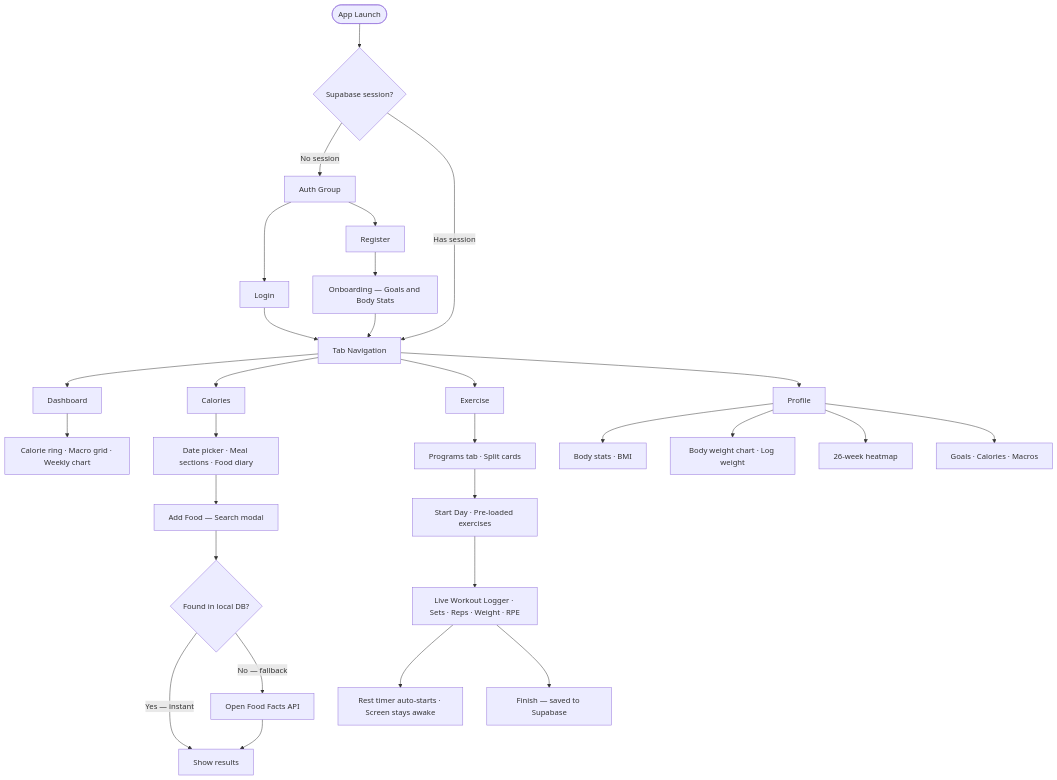
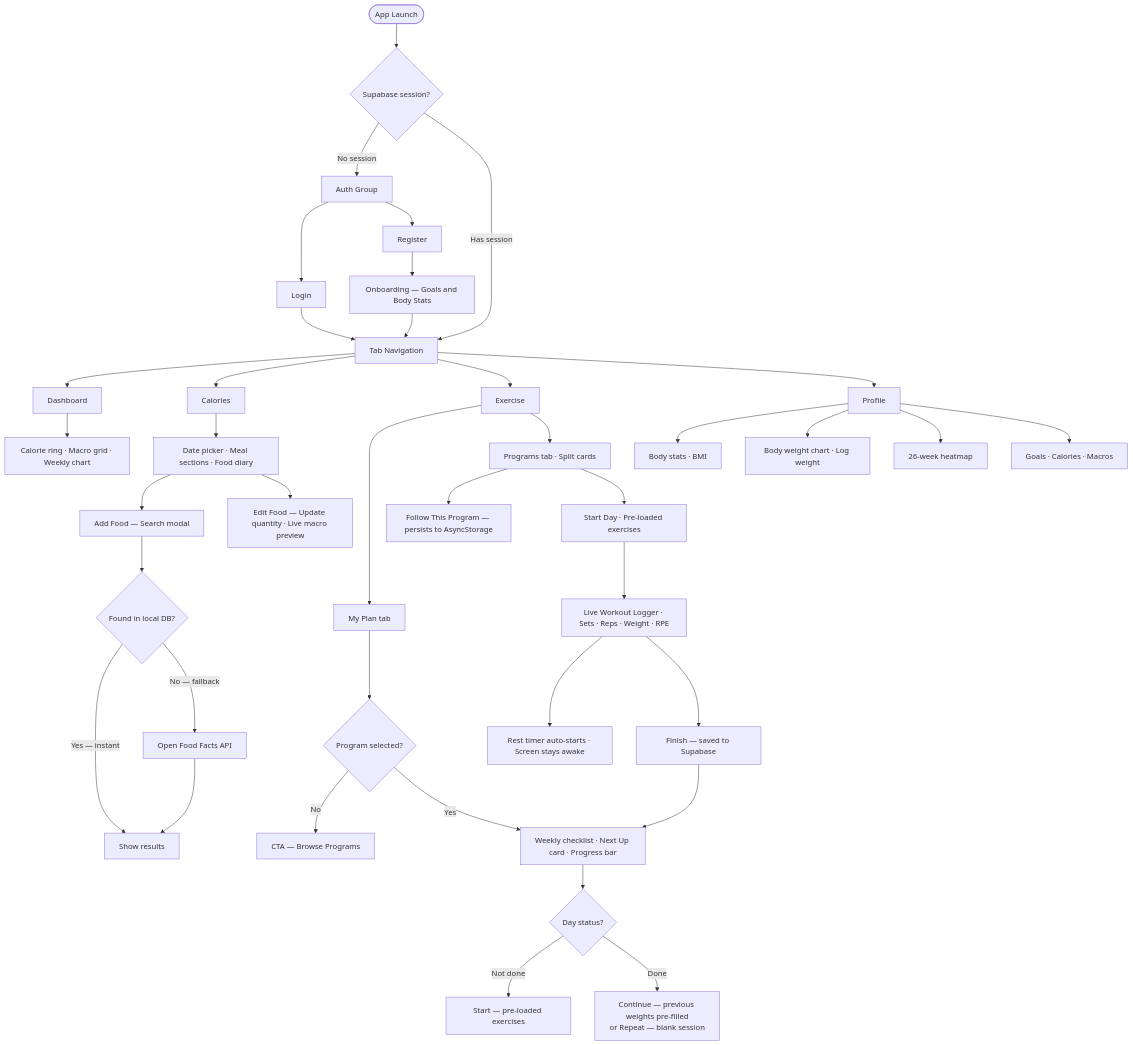
The second of 5 diagrams in README.md (cvm101/FitGuru), drawn with Mermaid before and after one commit. The commit also changed other lines of this file, not shown here.

````diff
--- a/README.md
+++ b/README.md
@@ -96,37 +98,47 @@
 ```mermaid
 flowchart TD
     Launch([App Launch]) --> AuthGate{Supabase session?}
 
     AuthGate -->|No session| AuthGroup["Auth Group"]
     AuthGroup --> Login["Login"]
     AuthGroup --> Register["Register"]
     Register --> Onboarding["Onboarding — Goals and Body Stats"]
     Login & Onboarding --> TabGroup
 
     AuthGate -->|Has session| TabGroup["Tab Navigation"]
 
     TabGroup --> T1["Dashboard"]
     TabGroup --> T2["Calories"]
     TabGroup --> T3["Exercise"]
     TabGroup --> T4["Profile"]
 
     T1 --> D1["Calorie ring · Macro grid · Weekly chart"]
 
     T2 --> C1["Date picker · Meal sections · Food diary"]
     C1 --> C2["Add Food — Search modal"]
+    C1 --> C_edit["Edit Food — Update quantity · Live macro preview"]
     C2 --> C3{"Found in local DB?"}
     C3 -->|"Yes — instant"| C4["Show results"]
     C3 -->|"No — fallback"| C5["Open Food Facts API"]
     C5 --> C4
 
+    T3 --> E0["My Plan tab"]
+    E0 --> E0a{"Program selected?"}
+    E0a -->|"No"| E0b["CTA — Browse Programs"]
+    E0a -->|"Yes"| E0c["Weekly checklist · Next Up card · Progress bar"]
+    E0c --> E0d{"Day status?"}
+    E0d -->|"Not done"| E0e["Start — pre-loaded exercises"]
+    E0d -->|"Done"| E0f["Continue — previous weights pre-filled\nor Repeat — blank session"]
     T3 --> E1["Programs tab · Split cards"]
+    E1 --> E1a["Follow This Program — persists to AsyncStorage"]
     E1 --> E2["Start Day · Pre-loaded exercises"]
     E2 --> E3["Live Workout Logger · Sets · Reps · Weight · RPE"]
     E3 --> E4["Rest timer auto-starts · Screen stays awake"]
     E3 --> E5["Finish — saved to Supabase"]
+    E5 --> E0c
 
     T4 --> P1["Body stats · BMI"]
     T4 --> P2["Body weight chart · Log weight"]
     T4 --> P3["26-week heatmap"]
     T4 --> P4["Goals · Calories · Macros"]
 ```
````
